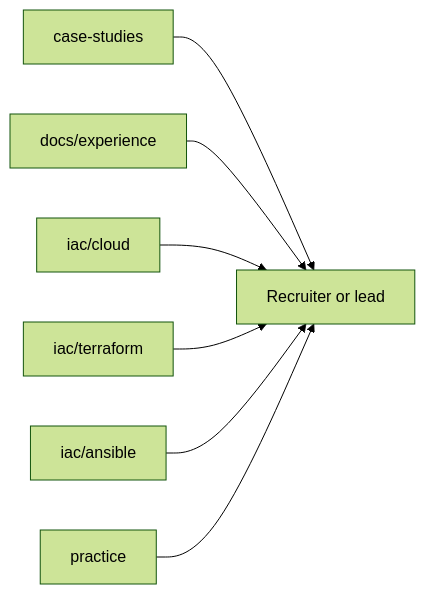
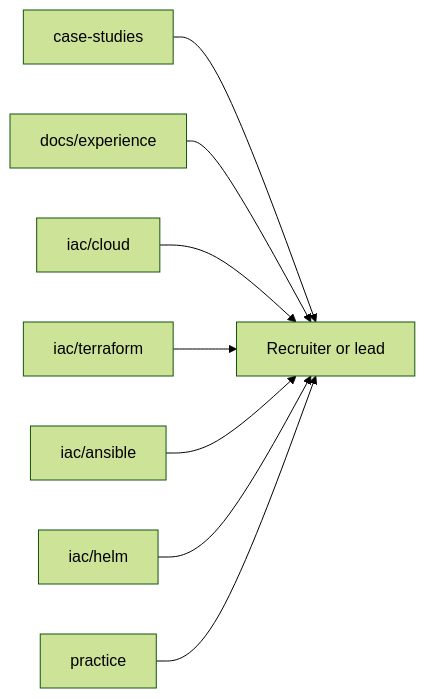
The fourth of 4 diagrams in README.md (NarberallGamma/narberall-platform-engineer-lab), drawn with Mermaid (forest theme) before and after one commit. The commit also changed other lines of this file and 1166 other files, not shown here.

````diff
--- a/README.md
+++ b/README.md
@@ -331,9 +341,10 @@
 ```mermaid
 flowchart LR
   CS[case-studies] --> Hire[Recruiter or lead]
   EXP[docs/experience] --> Hire
   Cloud[iac/cloud] --> Hire
   TF[iac/terraform] --> Hire
   ANS[iac/ansible] --> Hire
+  Helm[iac/helm] --> Hire
   PRAC[practice] --> Hire
 ```
````
